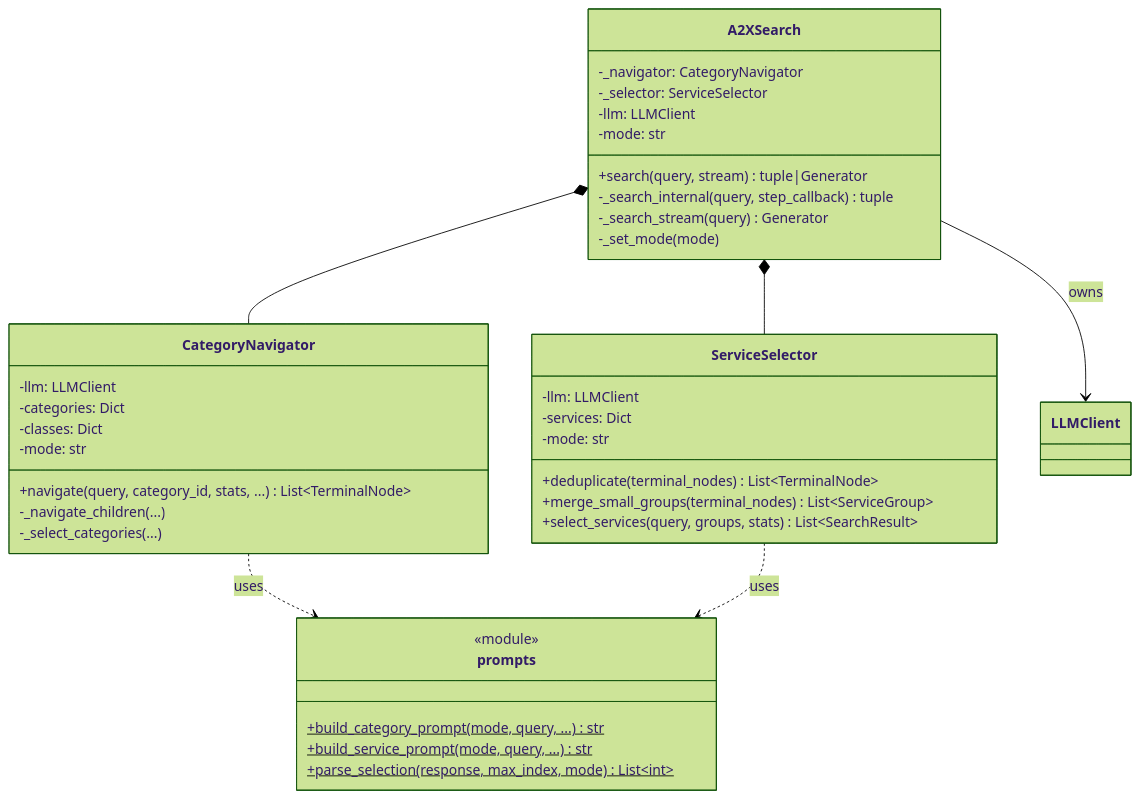
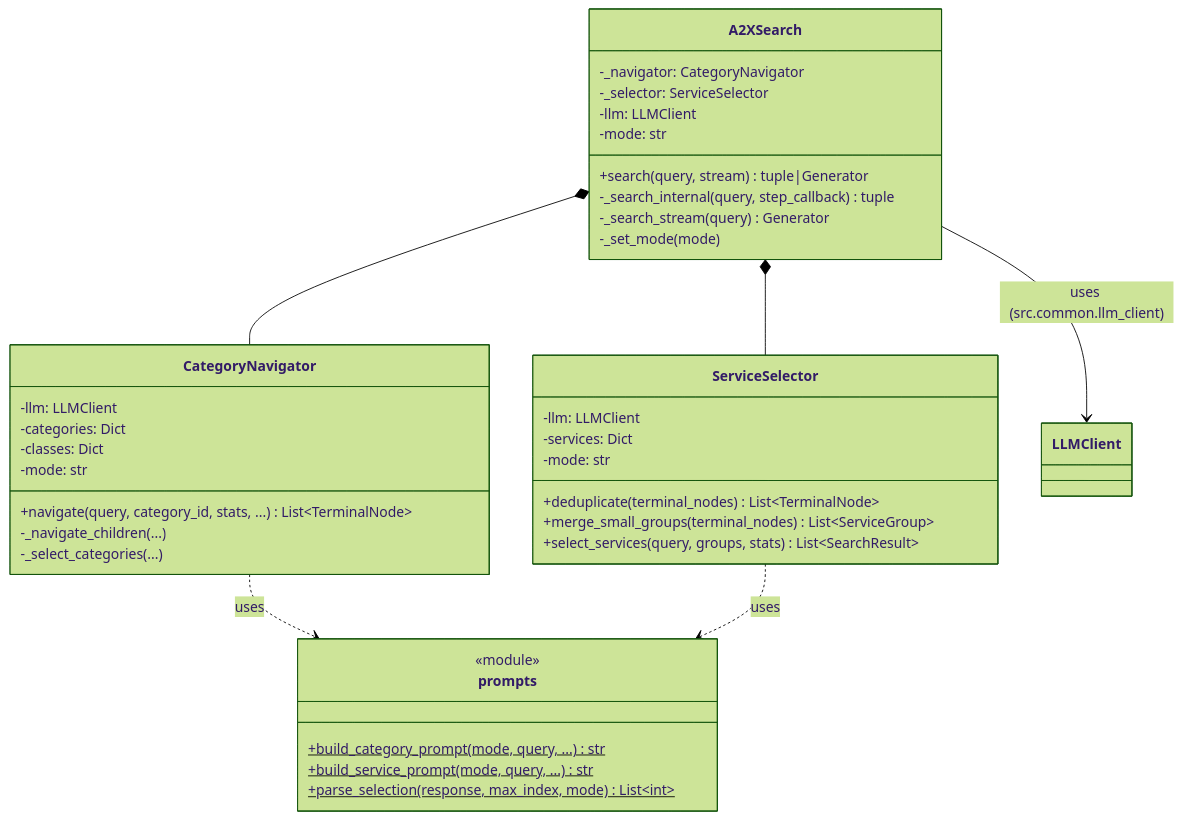
Before and after one commit to Weizheng96/A2X-registry: the second of 2 diagrams in docs/search_design.md, drawn with Mermaid (forest theme). The commit also changed other lines of this file and 22 other files, not shown here.

First line of the commit message:
refactor: unify shared interfaces into src/common module

````diff
--- a/docs/search_design.md
+++ b/docs/search_design.md
@@ -126,45 +127,45 @@
 ```mermaid
 classDiagram
     class A2XSearch {
         -_navigator: CategoryNavigator
         -_selector: ServiceSelector
         -llm: LLMClient
         -mode: str
         +search(query, stream) tuple|Generator
         -_search_internal(query, step_callback) tuple
         -_search_stream(query) Generator
         -_set_mode(mode)
     }
 
     class CategoryNavigator {
         -llm: LLMClient
         -categories: Dict
         -classes: Dict
         -mode: str
         +navigate(query, category_id, stats, ...) List~TerminalNode~
         -_navigate_children(...)
         -_select_categories(...)
     }
 
     class ServiceSelector {
         -llm: LLMClient
         -services: Dict
         -mode: str
         +deduplicate(terminal_nodes) List~TerminalNode~
         +merge_small_groups(terminal_nodes) List~ServiceGroup~
         +select_services(query, groups, stats) List~SearchResult~
     }
 
     class prompts {
         <<module>>
         +build_category_prompt(mode, query, ...)$ str
         +build_service_prompt(mode, query, ...)$ str
         +parse_selection(response, max_index, mode)$ List~int~
     }
 
     A2XSearch *-- CategoryNavigator
     A2XSearch *-- ServiceSelector
     CategoryNavigator ..> prompts : uses
     ServiceSelector ..> prompts : uses
-    A2XSearch --> LLMClient : owns
+    A2XSearch --> LLMClient : uses (src.common.llm_client)
 ```
````
